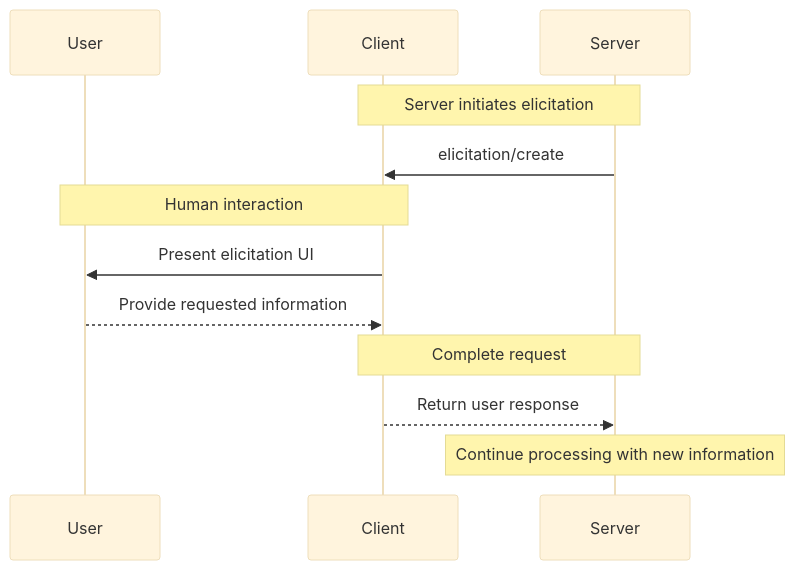
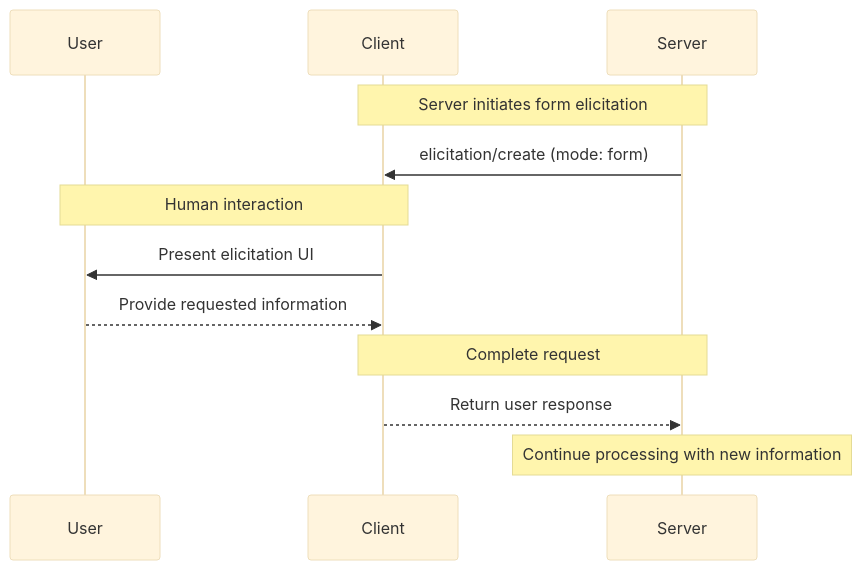
Before and after one commit to modelcontextprotocol/specification: the first of 4 diagrams in docs/specification/draft/client/elicitation.mdx, drawn with Mermaid (base theme). The commit also changed other lines of this file and 4 other files, not shown here.

````diff
--- a/docs/specification/draft/client/elicitation.mdx
+++ b/docs/specification/draft/client/elicitation.mdx
@@ -180,18 +325,18 @@
 ```mermaid
 sequenceDiagram
     participant User
     participant Client
     participant Server
 
-    Note over Server,Client: Server initiates elicitation
-    Server->>Client: elicitation/create
+    Note over Server,Client: Server initiates form elicitation
+    Server->>Client: elicitation/create (mode: form)
 
     Note over Client,User: Human interaction
     Client->>User: Present elicitation UI
     User-->>Client: Provide requested information
 
     Note over Server,Client: Complete request
     Client-->>Server: Return user response
 
     Note over Server: Continue processing with new information
 ```
````
